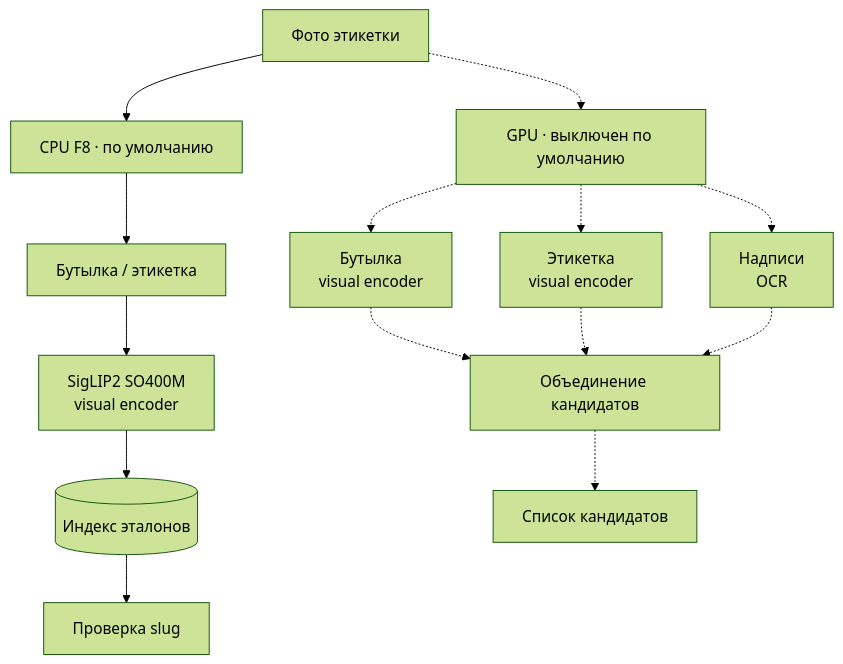
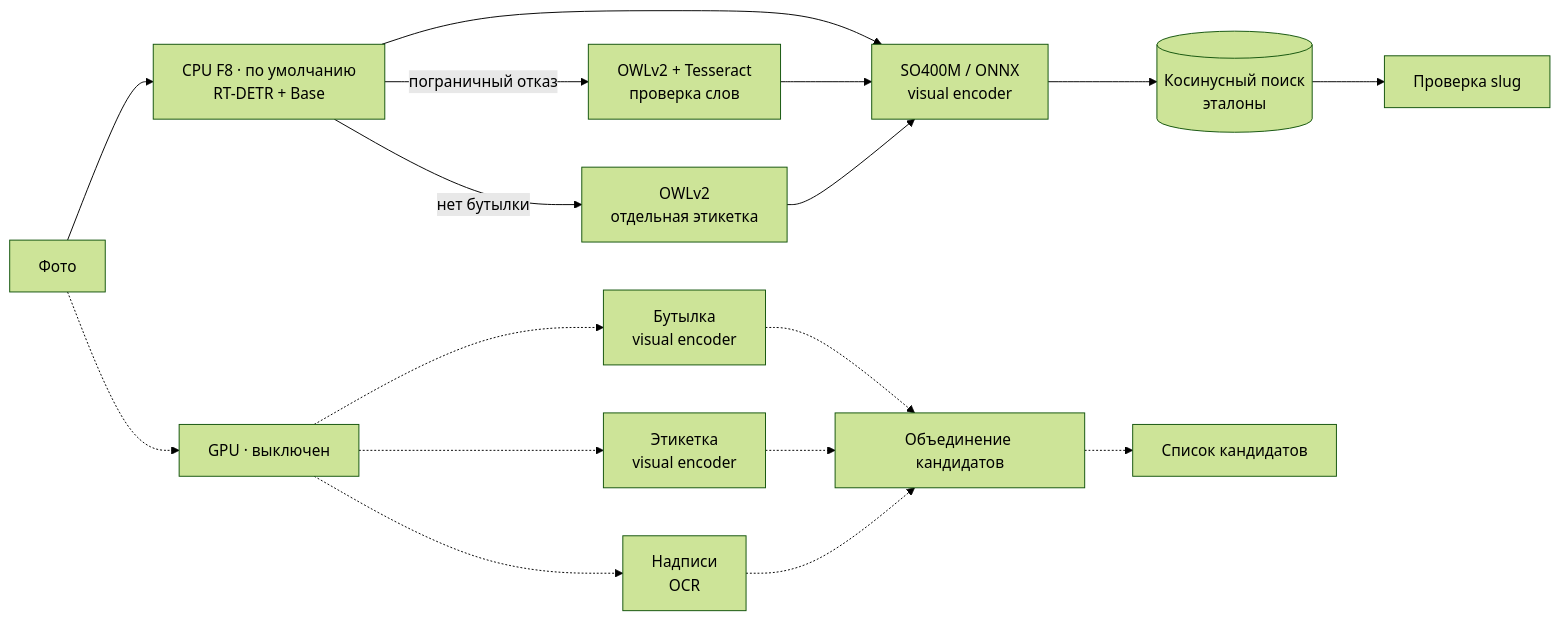
Before and after one commit to ai-babai/brutforce: the first of 2 diagrams in README.md, drawn with Mermaid (forest theme). The commit also changed other lines of this file and 1 other file, not shown here.

Commit message:
Expand CPU flow and compact README diagrams [skip ci]

````diff
--- a/README.md
+++ b/README.md
@@ -113,14 +114,16 @@
 ```mermaid
-flowchart TB
-    photo["Фото этикетки"] --> cpu["CPU F8 · по умолчанию"]
-    cpu --> target["Бутылка / этикетка"] --> cpuEncoder["SigLIP2 SO400M<br/>visual encoder"]
-    cpuEncoder --> references[("Индекс эталонов")] --> slug["Проверка slug"]
-    photo -.-> gpu["GPU · выключен по умолчанию"]
+flowchart LR
+    photo["Фото"] --> cpu["CPU F8 · по умолчанию<br/>RT-DETR + Base"]
+    cpu --> encoder["SO400M / ONNX<br/>visual encoder"] --> references[("Косинусный поиск<br/>эталоны")]
+    references --> slug["Проверка slug"]
+    cpu -->|пограничный отказ| ocr["OWLv2 + Tesseract<br/>проверка слов"] --> encoder
+    cpu -->|нет бутылки| labelCrop["OWLv2<br/>отдельная этикетка"] --> encoder
+    photo -.-> gpu["GPU · выключен"]
     gpu -.-> bottle["Бутылка<br/>visual encoder"]
     gpu -.-> label["Этикетка<br/>visual encoder"]
     gpu -.-> text["Надписи<br/>OCR"]
     bottle -.-> merge["Объединение кандидатов"]
     label -.-> merge
     text -.-> merge
     merge -.-> candidates["Список кандидатов"]
 ```
````
